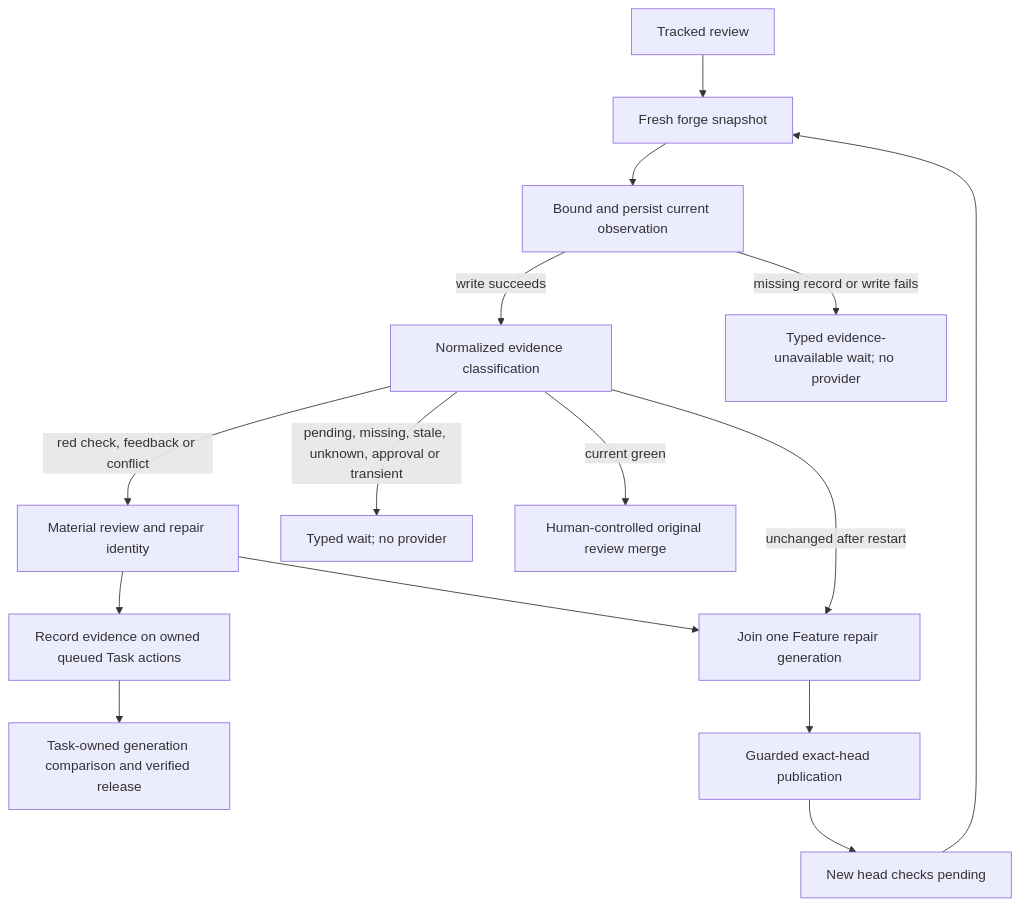
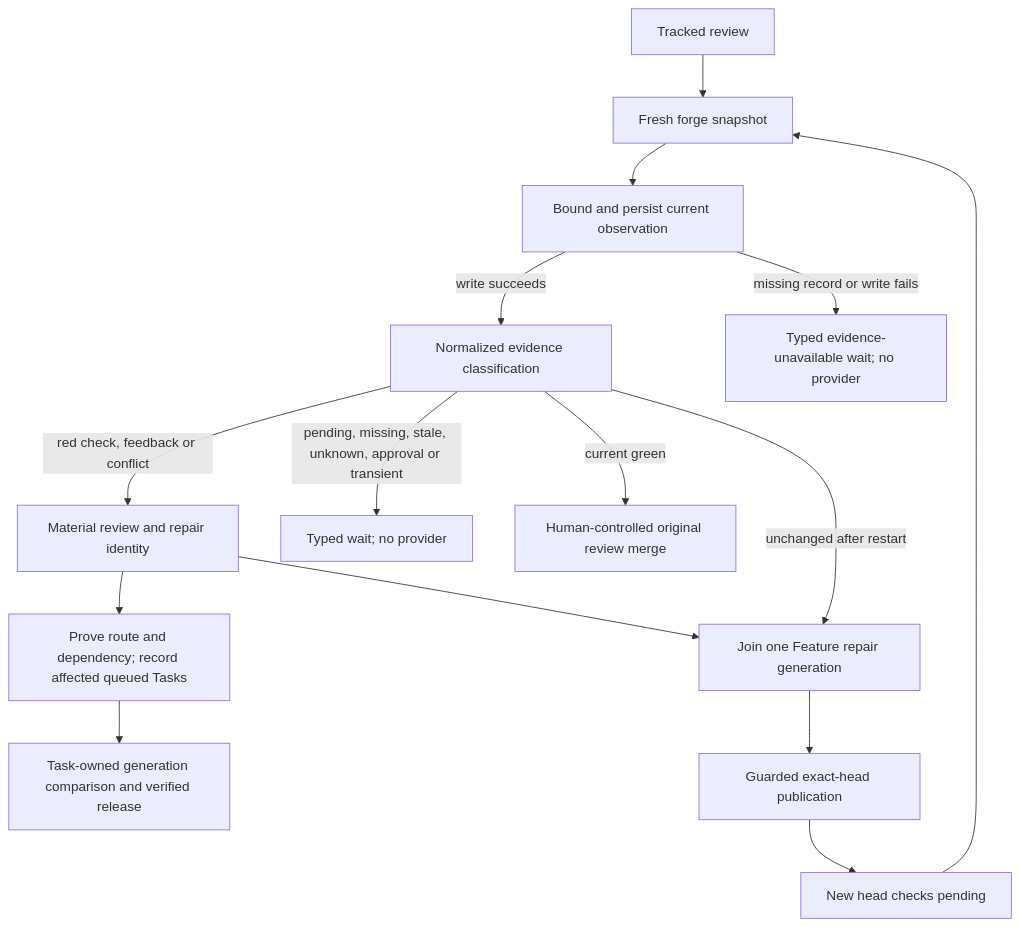
The second of 4 diagrams in cascade/watchdog/DESIGN.md (vincentc-b/CascadeCode), drawn with Mermaid before and after one commit. The commit also changed other lines of this file and 9 other files, not shown here.

First line of the commit message:
task/task_051_005_002: Fence dependent Feature Task recovery on upstream review generations

````diff
--- a/cascade/watchdog/DESIGN.md
+++ b/cascade/watchdog/DESIGN.md
@@ -400,17 +403,17 @@
 ```mermaid
 flowchart TD
     Review[Tracked review] --> Snapshot[Fresh forge snapshot]
     Snapshot --> Persist[Bound and persist current observation]
     Persist -->|write succeeds| Classify[Normalized evidence classification]
     Persist -->|missing record or write fails| Unavailable[Typed evidence-unavailable wait; no provider]
     Classify -->|red check, feedback or conflict| Identity[Material review and repair identity]
-    Identity --> Fence[Record evidence on owned queued Task actions]
+    Identity --> Fence[Prove route and dependency; record affected queued Tasks]
     Fence --> Task[Task-owned generation comparison and verified release]
     Identity --> Repair[Join one Feature repair generation]
     Repair --> Publish[Guarded exact-head publication]
     Publish --> Pending[New head checks pending]
     Classify -->|pending, missing, stale, unknown, approval or transient| Wait[Typed wait; no provider]
     Pending --> Snapshot
     Classify -->|current green| Human[Human-controlled original review merge]
     Classify -->|unchanged after restart| Repair
 ```
````
